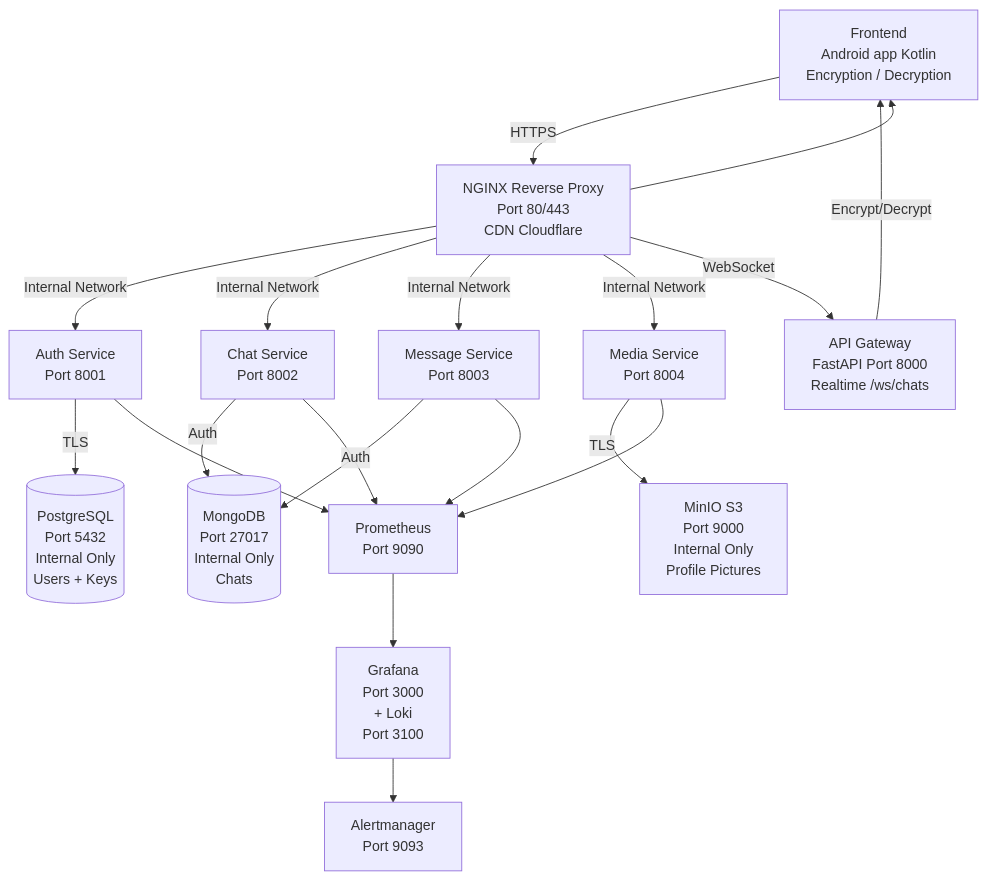
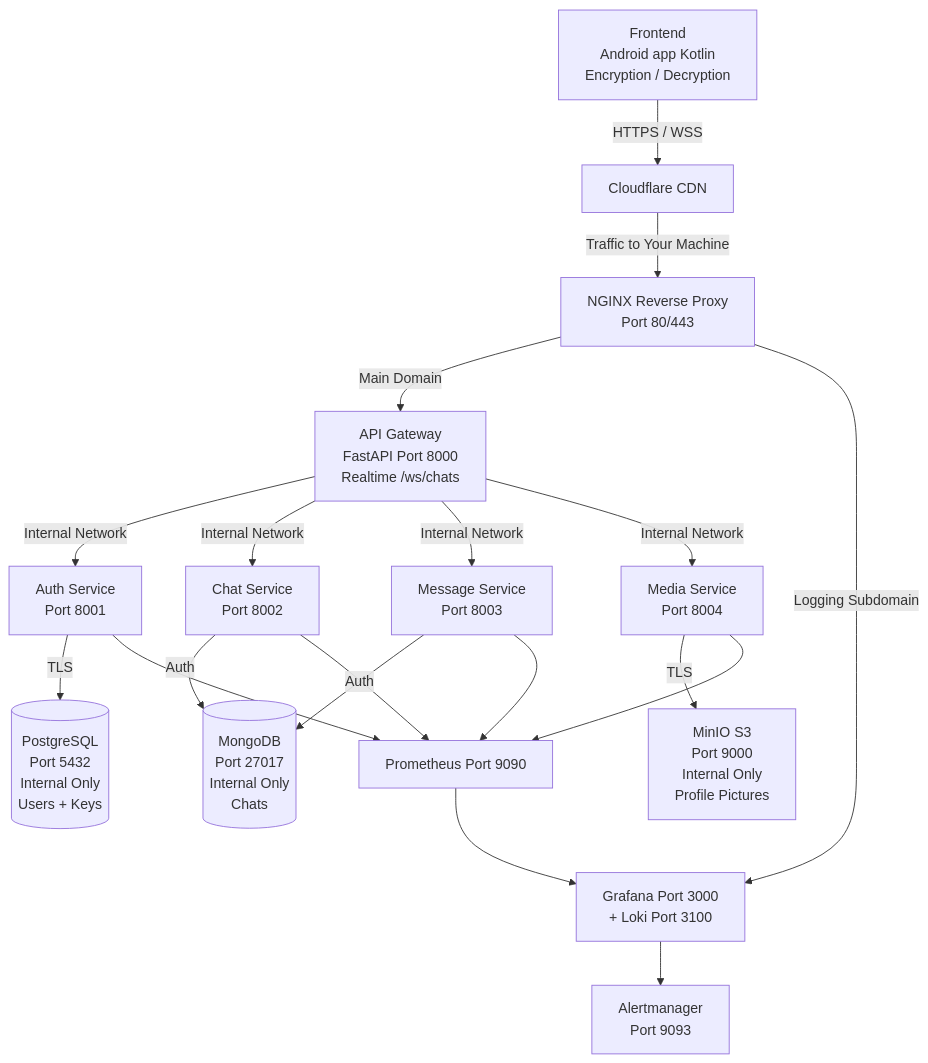
One commit to Myob11/E2EE changed the first of 2 diagrams in README.md. Above: the diagram before and after it, drawn with Mermaid.

Commit message:
Update architecture diagram in README.md

````diff
--- a/README.md
+++ b/README.md
@@ -32,26 +32,31 @@
 ```mermaid
 flowchart TD
-		A[Frontend<br/>Android app Kotlin<br/>Encryption / Decryption] -->|HTTPS| B[NGINX Reverse Proxy<br/>Port 80/443<br/>CDN Cloudflare]
+    %% Frontend and Edge
+    A[Frontend<br/>Android app Kotlin<br/>Encryption / Decryption] -->|HTTPS / WSS| CDN[Cloudflare CDN]
+    CDN -->|Traffic to Your Machine| B[NGINX Reverse Proxy<br/>Port 80/443]
 
-		B -->|Internal Network| C[Auth Service<br/>Port 8001]
-		B -->|Internal Network| D[Chat Service<br/>Port 8002]
-		B -->|Internal Network| E[Message Service<br/>Port 8003]
-		B -->|Internal Network| F[Media Service<br/>Port 8004]
-        B -->|WebSocket| G[API Gateway<br/>FastAPI Port 8000<br/>Realtime /ws/chats]
+    %% NGINX Subdomain Switching
+    B -->|Main Domain| G[API Gateway<br/>FastAPI Port 8000<br/>Realtime /ws/chats]
+    B -->|Logging Subdomain| LOG[Grafana Port 3000<br/>+ Loki Port 3100]
 
-        C -->|TLS| CDB[(PostgreSQL<br/>Port 5432<br/>Internal Only<br/>Users + Keys)]
-        D -->|Auth| MDB[(MongoDB<br/>Port 27017<br/>Internal Only<br/>Chats)]
-        E -->|Auth| MDB
-        F -->|TLS| FDB[MinIO S3<br/>Port 9000<br/>Internal Only<br/>Profile Pictures]
-        
-        C --> OBS[Prometheus<br/>Port 9090]
-        D --> OBS
-        E --> OBS
-        F --> OBS
-        
-        OBS --> LOG[Grafana<br/>Port 3000<br/>+ Loki<br/>Port 3100]
-        LOG --> ALERT[Alertmanager<br/>Port 9093]
-        
-        G -->|Encrypt/Decrypt| A
-        B --> A
+    %% API Gateway to Microservices
+    G -->|Internal Network| C[Auth Service<br/>Port 8001]
+    G -->|Internal Network| D[Chat Service<br/>Port 8002]
+    G -->|Internal Network| E[Message Service<br/>Port 8003]
+    G -->|Internal Network| F[Media Service<br/>Port 8004]
+
+    %% Databases & Storage
+    C -->|TLS| CDB[(PostgreSQL<br/>Port 5432<br/>Internal Only<br/>Users + Keys)]
+    D -->|Auth| MDB[(MongoDB<br/>Port 27017<br/>Internal Only<br/>Chats)]
+    E -->|Auth| MDB
+    F -->|TLS| FDB[MinIO S3<br/>Port 9000<br/>Internal Only<br/>Profile Pictures]
+    
+    %% Observability Stack
+    C --> OBS[Prometheus Port 9090]
+    D --> OBS
+    E --> OBS
+    F --> OBS
+    
+    OBS --> LOG
+    LOG --> ALERT[Alertmanager<br/>Port 9093]
 ```
````
